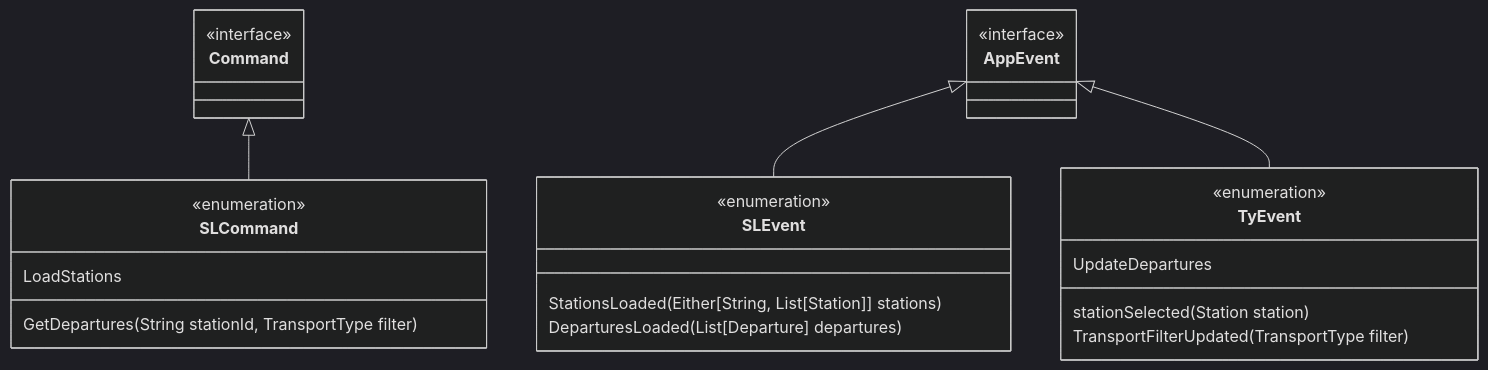
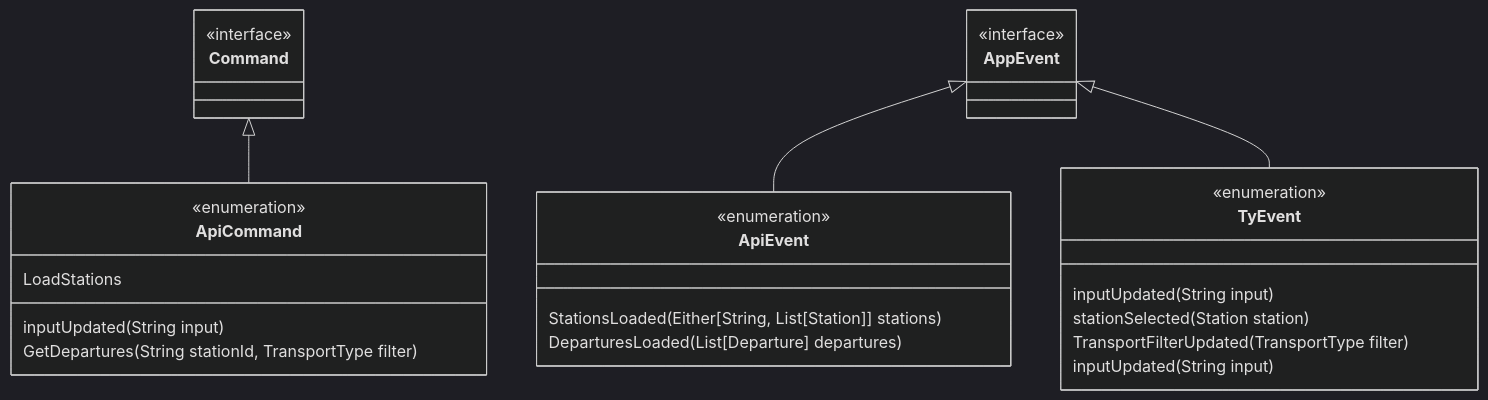
The fourth of 4 diagrams in docs/docs/tutorial-basics/architectural_design.md (nicola-ferrarese/Tyrian-Timetable), drawn with Mermaid (dark theme) before and after one commit. The commit also changed other lines of this file and 7 other files, not shown here.

````diff
--- a/docs/docs/tutorial-basics/architectural_design.md
+++ b/docs/docs/tutorial-basics/architectural_design.md
@@ -95,29 +139,31 @@
 ```mermaid
 classDiagram
     class Command {
         <<interface>>
     }
-    class SLCommand {
+    class ApiCommand {
         <<enumeration>>
         LoadStations
+        inputUpdated(String input)
         GetDepartures(String stationId, TransportType filter)
     }
     class AppEvent {
         <<interface>>
     }
-    class SLEvent {
+    class ApiEvent {
         <<enumeration>>
         StationsLoaded(Either[String, List[Station]] stations)
         DeparturesLoaded(List[Departure] departures)
     }
     class TyEvent {
         <<enumeration>>
+        inputUpdated(String input)
         stationSelected(Station station)
         TransportFilterUpdated(TransportType filter)
-        UpdateDepartures
+        inputUpdated(String input)
     }
 
-    Command <|-- SLCommand
-    AppEvent <|-- SLEvent
+    Command <|-- ApiCommand
+    AppEvent <|-- ApiEvent
     AppEvent <|-- TyEvent
 ```
````
